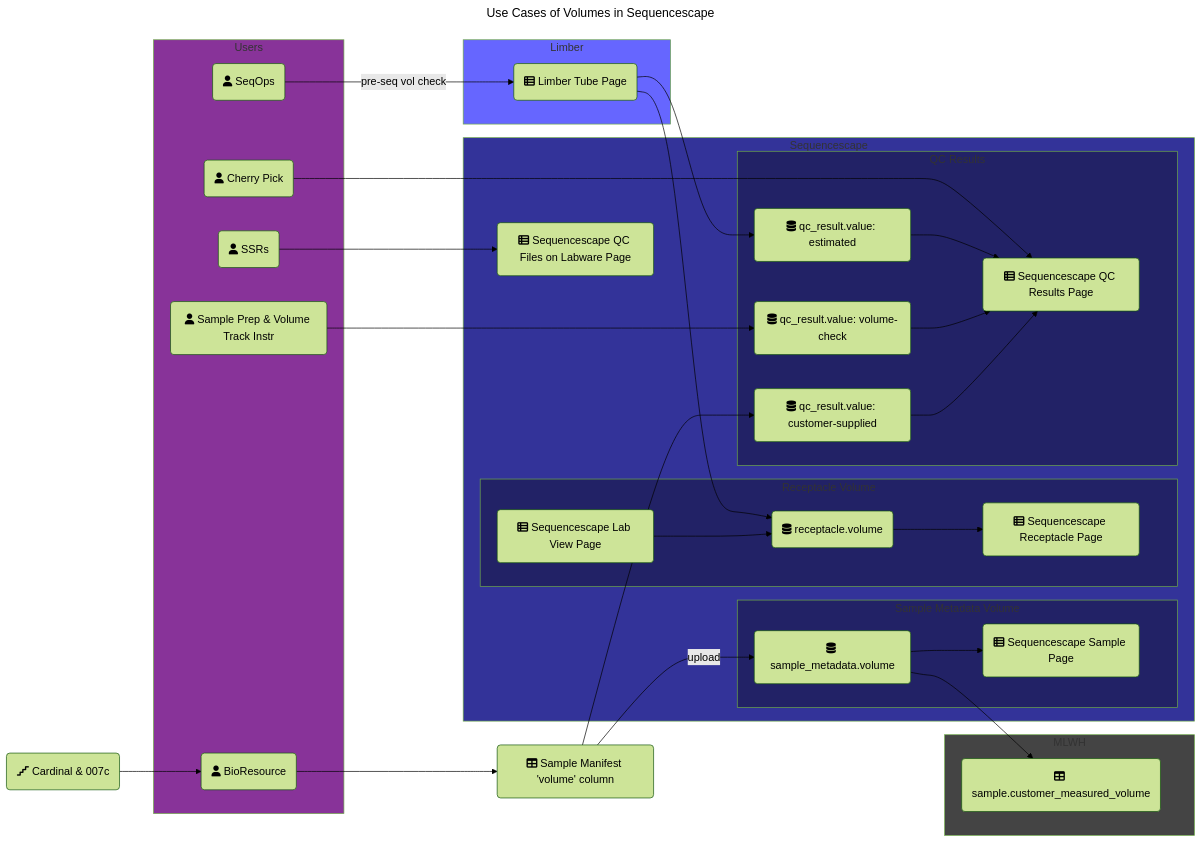
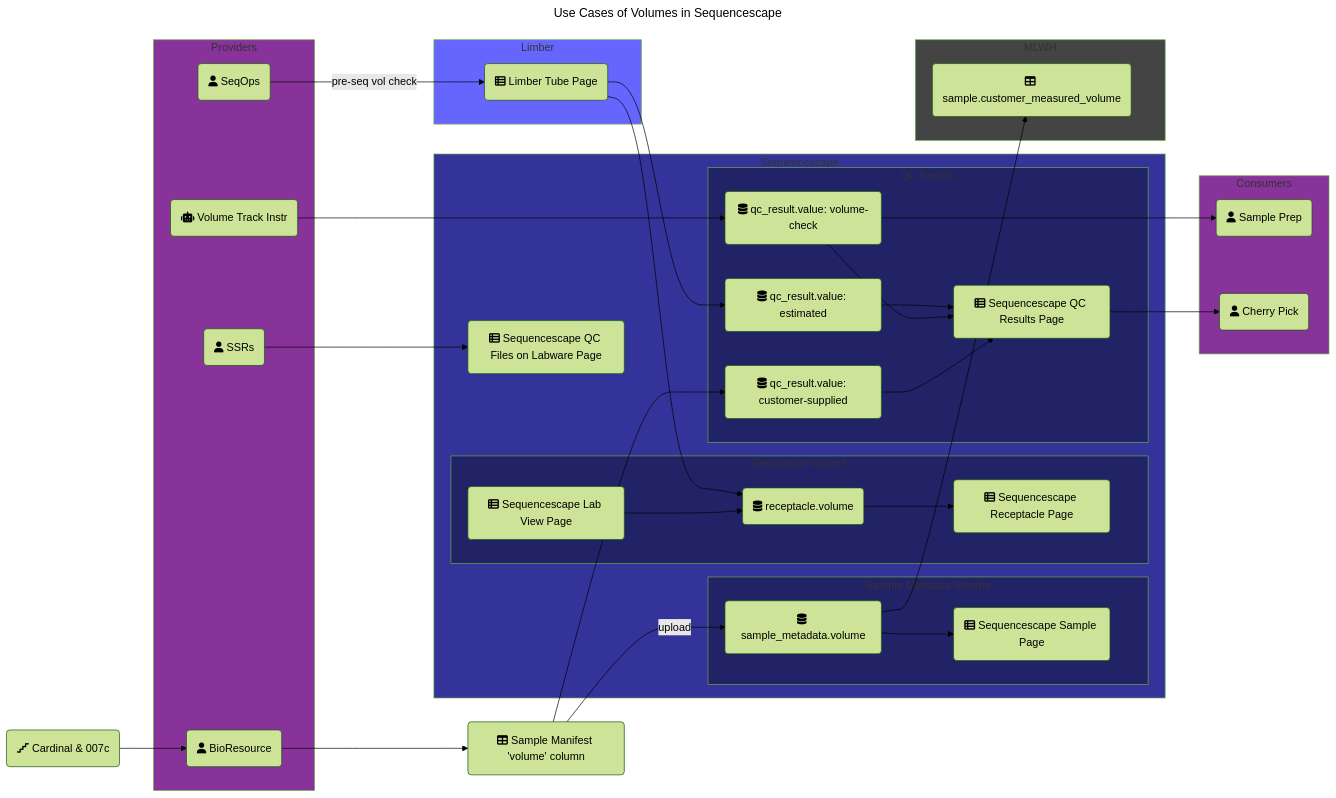
One commit to sanger/sequencescape changed the diagram in volume-uses.mermaid. Above: the diagram before and after it, drawn with Mermaid (forest theme).

Commit message:
Split users into providers and consumers

```diff
--- a/volume-uses.mermaid
+++ b/volume-uses.mermaid
@@ -1,95 +1,99 @@
 ---
 title: Use Cases of Volumes in Sequencescape
 ---
 flowchart LR
     %% Nodes
         PL_Car07c(fa:fa-stairs Cardinal & 007c)
         %% Users
         User_BioRes(fa:fa-user BioResource)
         User_SeqOps(fa:fa-user SeqOps)
-        User_SamplePrep(fa:fa-user Sample Prep & Volume Track Instr)
+        User_SamplePrep(fa:fa-user Sample Prep)
+        User_VolTrackInstr(fa:fa-robot Volume Track Instr)
         User_CherryPick(fa:fa-user Cherry Pick)
         User_SSR(fa:fa-user SSRs)
         %% Interface
         Pg_LB_Tube(fa:fa-table-list Limber Tube Page)
         Pg_SS_Sample(fa:fa-table-list Sequencescape Sample Page)
         Pg_SS_LabView(fa:fa-table-list Sequencescape Lab View Page)
         Pg_SS_Receptacle(fa:fa-table-list Sequencescape Receptacle Page)
         Pg_SS_QcResults(fa:fa-table-list Sequencescape QC Results Page)
         Pg_SS_QcFileLabware(fa:fa-table-list Sequencescape QC Files on Labware Page)
         %% Data
         Mn_SampleVolCol(fa:fa-table Sample Manifest 'volume' column)
         DB_SS_ReceptacleVol(fa:fa-database receptacle.volume)
         DB_SS_SampleMetDatVol(fa:fa-database sample_metadata.volume)
         DB_SS_QcResultVolChk(fa:fa-database qc_result.value: volume-check)
         DB_SS_QcResultCusSup(fa:fa-database qc_result.value: customer-supplied)
         DB_SS_QcResultEstVol(fa:fa-database qc_result.value: estimated)
         DB_MLWH_SampleCustMeasVol(fa:fa-table sample.customer_measured_volume)
 
     %% Groupings of nodes
-        subgraph Users
+        subgraph Providers
             User_BioRes
             User_SeqOps
-            User_SamplePrep
-            User_CherryPick
             User_SSR
+            User_VolTrackInstr
         end
         subgraph Limber
             Pg_LB_Tube
         end
         subgraph Sequencescape
             Pg_SS_QcFileLabware
             subgraph Graph_SS_SMV["Sample Metadata Volume"]
                 DB_SS_SampleMetDatVol
                 Pg_SS_Sample
             end
             subgraph Graph_SS_RV["Receptacle Volume"]
                 Pg_SS_LabView
                 DB_SS_ReceptacleVol
                 Pg_SS_Receptacle
             end
             subgraph Graph_SS_QC["QC Results"]
                 DB_SS_QcResultEstVol
                 DB_SS_QcResultVolChk
                 DB_SS_QcResultCusSup
                 Pg_SS_QcResults
             end
         end
         subgraph MLWH
             DB_MLWH_SampleCustMeasVol
         end
+        subgraph Consumers
+            User_SamplePrep
+            User_CherryPick
+        end
 
 
     %% Edge connections between nodes
         PL_Car07c --> User_BioRes --> Mn_SampleVolCol -- upload --> DB_SS_SampleMetDatVol
         Mn_SampleVolCol --> DB_SS_QcResultCusSup
-        User_SamplePrep --> DB_SS_QcResultVolChk
+        User_VolTrackInstr --> DB_SS_QcResultVolChk --> User_SamplePrep
         User_SeqOps -- pre-seq vol check --> Pg_LB_Tube
-        User_CherryPick --> Pg_SS_QcResults
 
         Pg_LB_Tube --> DB_SS_ReceptacleVol
         Pg_LB_Tube --> DB_SS_QcResultEstVol
 
         DB_SS_QcResultEstVol --> Pg_SS_QcResults
         DB_SS_QcResultVolChk --> Pg_SS_QcResults
         DB_SS_QcResultCusSup --> Pg_SS_QcResults
+        Pg_SS_QcResults --> User_CherryPick
 
         DB_SS_SampleMetDatVol --> Pg_SS_Sample
         Pg_SS_LabView --> DB_SS_ReceptacleVol --> Pg_SS_Receptacle
 
         DB_SS_SampleMetDatVol --> DB_MLWH_SampleCustMeasVol
 
         User_SSR --> Pg_SS_QcFileLabware
 
     %% Subgraph styling
         classDef Users fill:#839;
         classDef Limber fill:#66f;
         classDef Sequencescape fill:#339;
         classDef SequencescapeSub fill:#226;
         classDef MLWH fill:#444;
 
-        class Users Users;
+        class Providers,Consumers Users;
         class Limber Limber;
         class Sequencescape Sequencescape;
         class Graph_SS_SMV,Graph_SS_RV,Graph_SS_QC SequencescapeSub;
         class MLWH MLWH;
```
